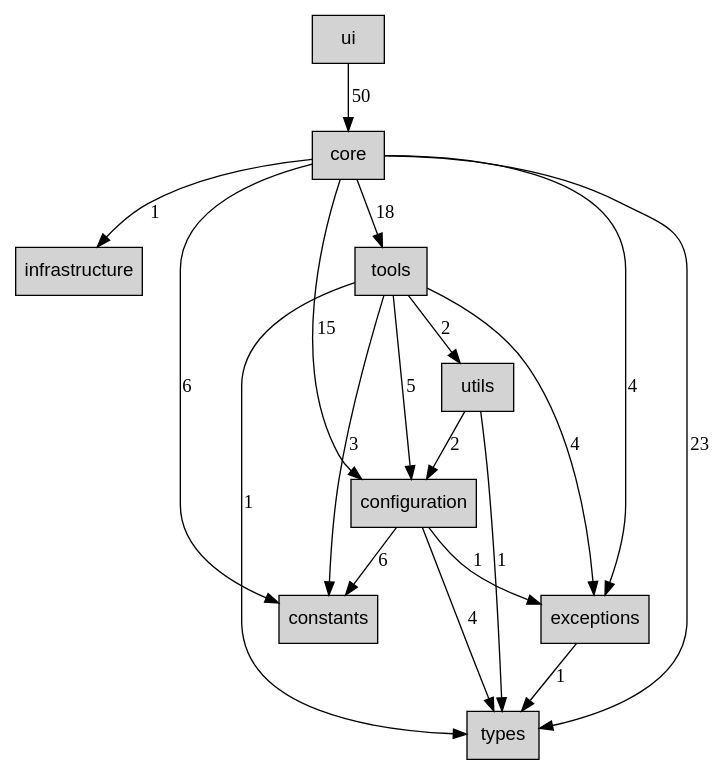
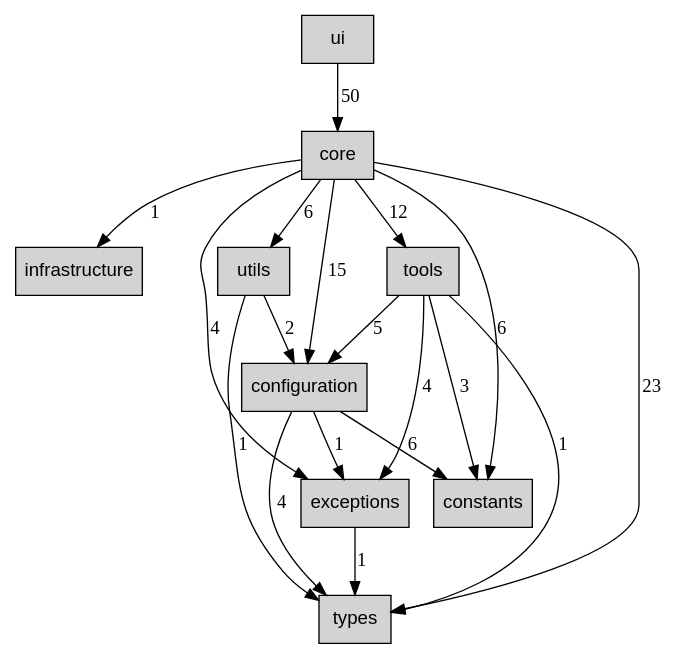
Before and after one commit to ryumacodes/tunacode: the diagram in docs/architecture/DEPENDENCY_LAYERS.dot, drawn with Graphviz. The commit also changed 10 other files, not shown here.

Commit message:
refactor: remove tools utils dependency

```diff
--- a/docs/architecture/DEPENDENCY_LAYERS.dot
+++ b/docs/architecture/DEPENDENCY_LAYERS.dot
@@ -1,33 +1,33 @@
 digraph tunacode_layers {
   rankdir=TB;
   node [shape=box, style=filled, fontname=Arial];
 
   ui [label="ui"];
   core [label="core"];
   infrastructure [label="infrastructure"];
   tools [label="tools"];
   utils [label="utils"];
   configuration [label="configuration"];
   constants [label="constants"];
   exceptions [label="exceptions"];
   types [label="types"];
 
   configuration -> constants [label="6"];
   configuration -> exceptions [label="1"];
   configuration -> types [label="4"];
   core -> configuration [label="15"];
   core -> constants [label="6"];
   core -> exceptions [label="4"];
   core -> infrastructure [label="1"];
-  core -> tools [label="18"];
+  core -> tools [label="12"];
   core -> types [label="23"];
+  core -> utils [label="6"];
   exceptions -> types [label="1"];
   tools -> configuration [label="5"];
   tools -> constants [label="3"];
   tools -> exceptions [label="4"];
   tools -> types [label="1"];
-  tools -> utils [label="2"];
   ui -> core [label="50"];
   utils -> configuration [label="2"];
   utils -> types [label="1"];
 }
```
